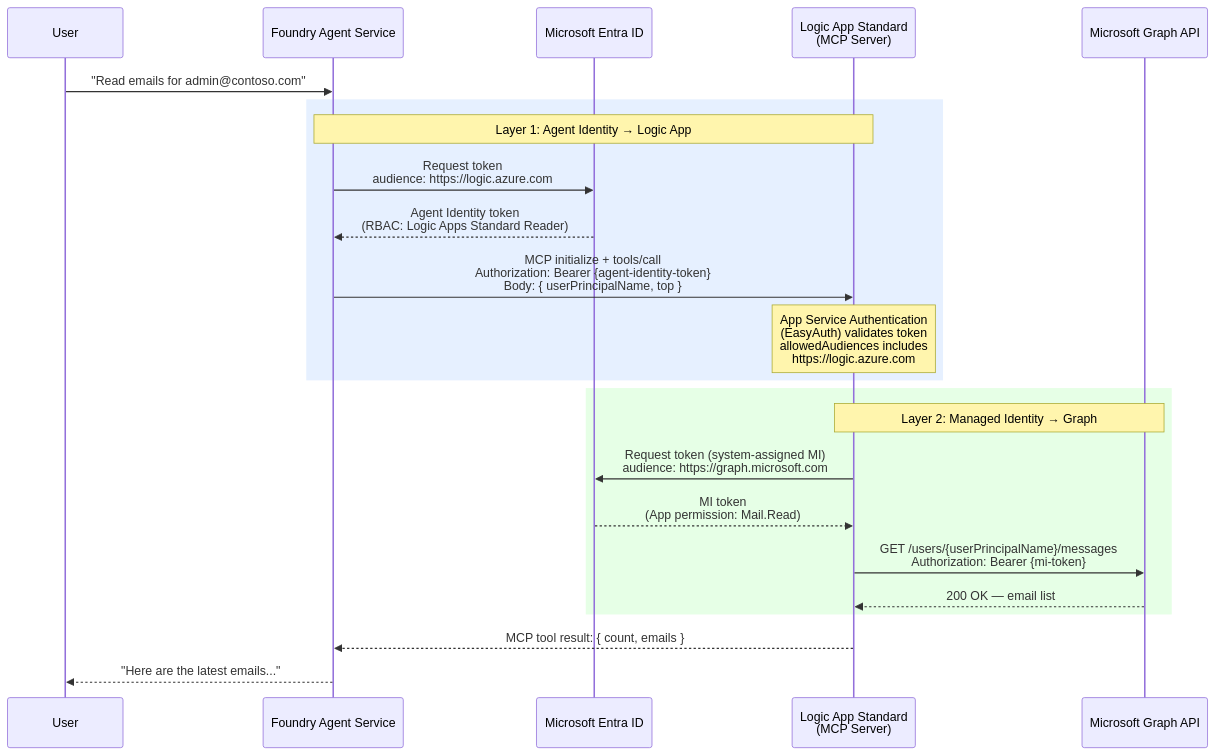
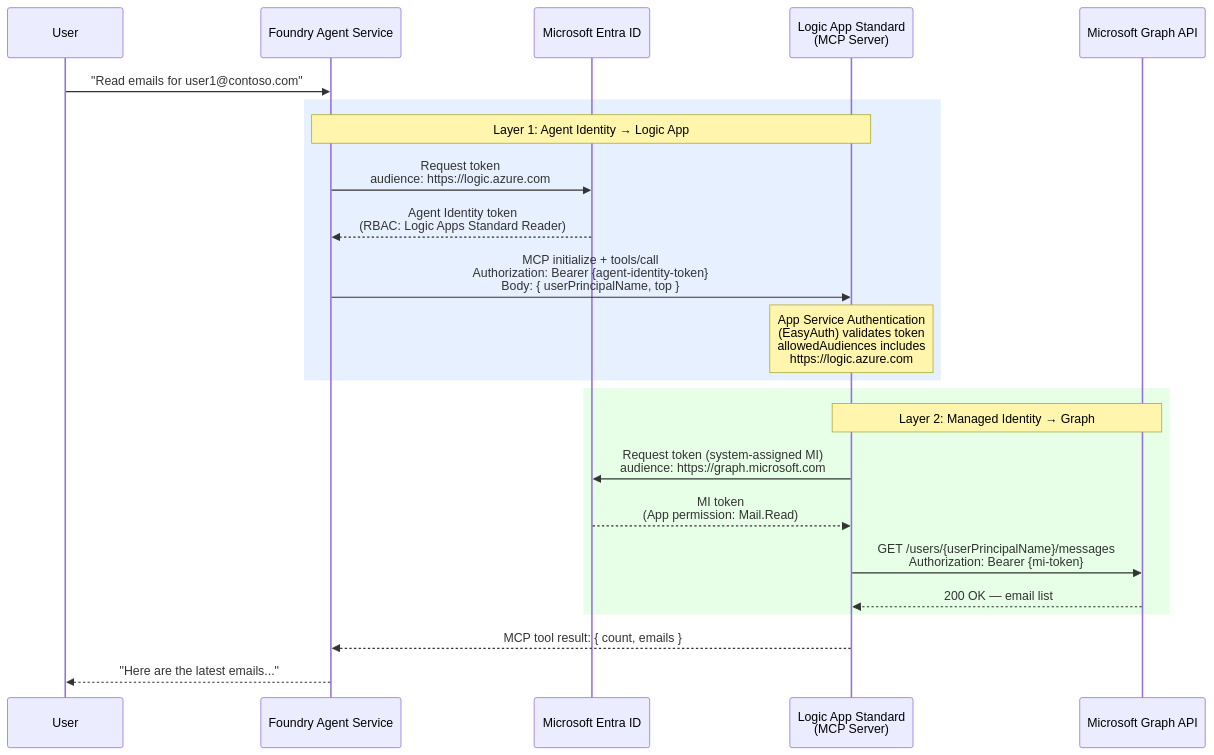
Before and after one commit to yingding/ai-foundry-workshop: the diagram in 04-logicapp-msgraph-apis/docs/OnBehalfOfLogicapp_PrinciplePassThrough_insights.md, drawn with Mermaid.

````diff
--- a/04-logicapp-msgraph-apis/docs/OnBehalfOfLogicapp_PrinciplePassThrough_insights.md
+++ b/04-logicapp-msgraph-apis/docs/OnBehalfOfLogicapp_PrinciplePassThrough_insights.md
@@ -230,29 +230,29 @@
 ```mermaid
 sequenceDiagram
     participant User
     participant Foundry as Foundry Agent Service
     participant EntraID as Microsoft Entra ID
     participant LA as Logic App Standard<br/>(MCP Server)
     participant Graph as Microsoft Graph API
 
-    User->>Foundry: "Read emails for admin@contoso.com"
+    User->>Foundry: "Read emails for user1@contoso.com"
     
     rect rgb(230, 240, 255)
         Note over Foundry, LA: Layer 1: Agent Identity → Logic App
         Foundry->>EntraID: Request token<br/>audience: https://logic.azure.com
         EntraID-->>Foundry: Agent Identity token<br/>(RBAC: Logic Apps Standard Reader)
         Foundry->>LA: MCP initialize + tools/call<br/>Authorization: Bearer {agent-identity-token}<br/>Body: { userPrincipalName, top }
         Note over LA: App Service Authentication<br/>(EasyAuth) validates token<br/>allowedAudiences includes<br/>https://logic.azure.com
     end
 
     rect rgb(230, 255, 230)
         Note over LA, Graph: Layer 2: Managed Identity → Graph
         LA->>EntraID: Request token (system-assigned MI)<br/>audience: https://graph.microsoft.com
         EntraID-->>LA: MI token<br/>(App permission: Mail.Read)
         LA->>Graph: GET /users/{userPrincipalName}/messages<br/>Authorization: Bearer {mi-token}
         Graph-->>LA: 200 OK — email list
     end
 
     LA-->>Foundry: MCP tool result: { count, emails }
     Foundry-->>User: "Here are the latest emails..."
 ```
````
